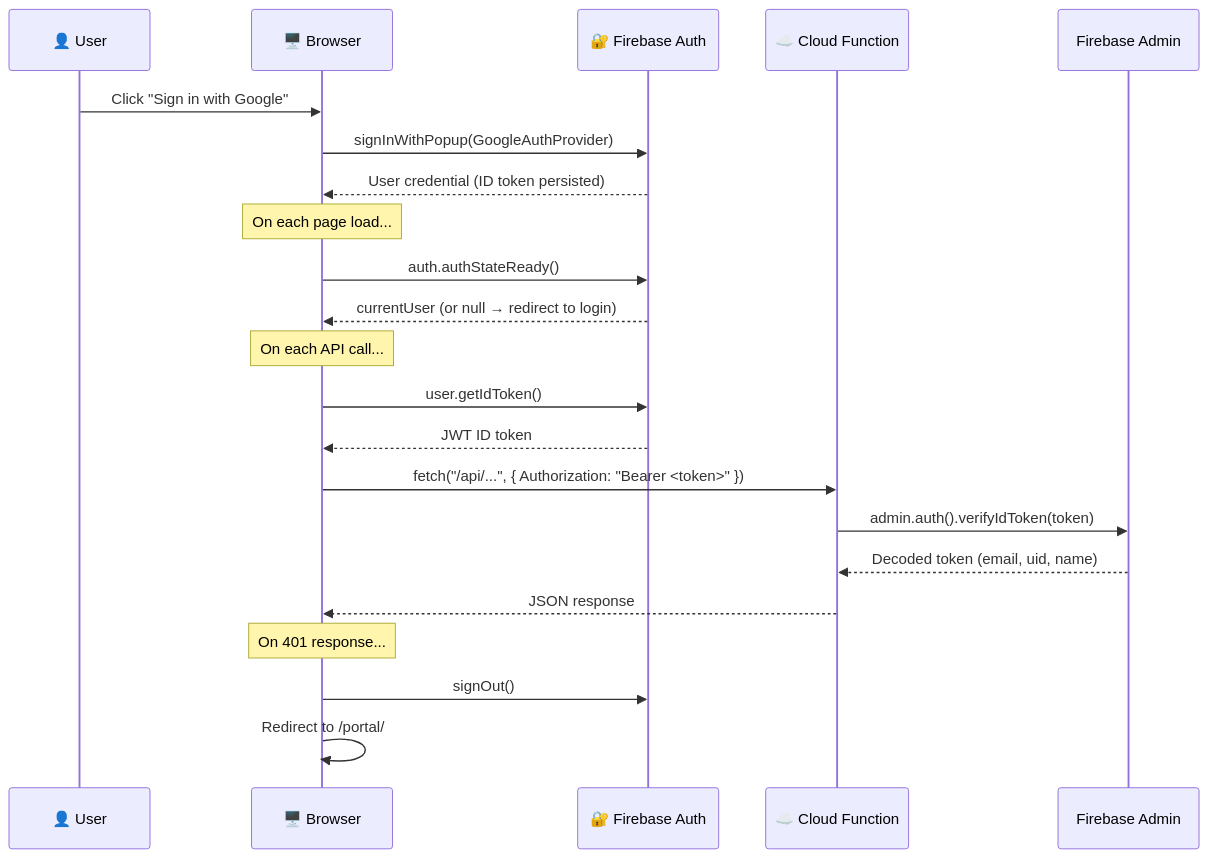
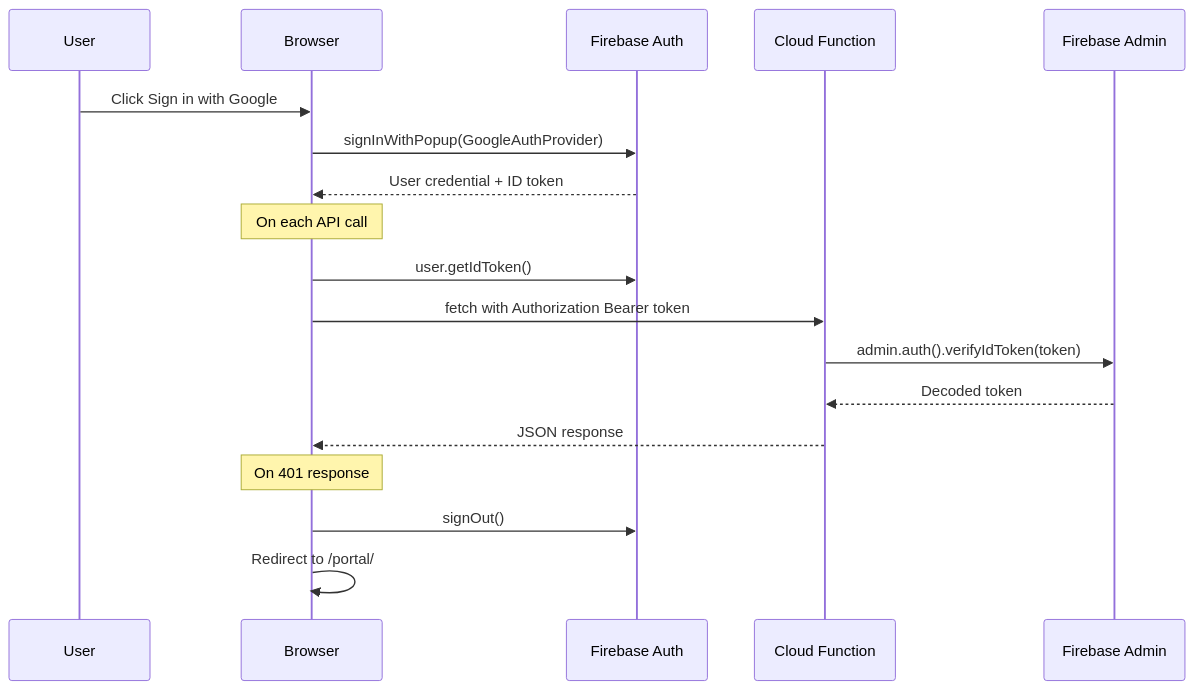
The fourth of 6 diagrams in ww_portal_enterprise_docs.md (Skippy-code-604/westernwindows-ca), drawn with Mermaid before and after one commit. The commit also changed other lines of this file and 7 other files, not shown here.

````diff
--- a/ww_portal_enterprise_docs.md
+++ b/ww_portal_enterprise_docs.md
@@ -446,28 +392,23 @@
 ```mermaid
 sequenceDiagram
-    participant User as 👤 User
-    participant Browser as 🖥️ Browser
-    participant FBAuth as 🔐 Firebase Auth
-    participant API as ☁️ Cloud Function
+    participant User
+    participant Browser
+    participant FBAuth as Firebase Auth
+    participant API as Cloud Function
     participant FBAdmin as Firebase Admin
 
-    User->>Browser: Click "Sign in with Google"
+    User->>Browser: Click Sign in with Google
     Browser->>FBAuth: signInWithPopup(GoogleAuthProvider)
-    FBAuth-->>Browser: User credential (ID token persisted)
+    FBAuth-->>Browser: User credential + ID token
 
-    Note over Browser: On each page load...
-    Browser->>FBAuth: auth.authStateReady()
-    FBAuth-->>Browser: currentUser (or null → redirect to login)
-
-    Note over Browser: On each API call...
+    Note over Browser: On each API call
     Browser->>FBAuth: user.getIdToken()
-    FBAuth-->>Browser: JWT ID token
-    Browser->>API: fetch("/api/...", { Authorization: "Bearer <token>" })
+    Browser->>API: fetch with Authorization Bearer token
     API->>FBAdmin: admin.auth().verifyIdToken(token)
-    FBAdmin-->>API: Decoded token (email, uid, name)
+    FBAdmin-->>API: Decoded token
     API-->>Browser: JSON response
 
-    Note over Browser: On 401 response...
+    Note over Browser: On 401 response
     Browser->>FBAuth: signOut()
     Browser->>Browser: Redirect to /portal/
 ```
````
